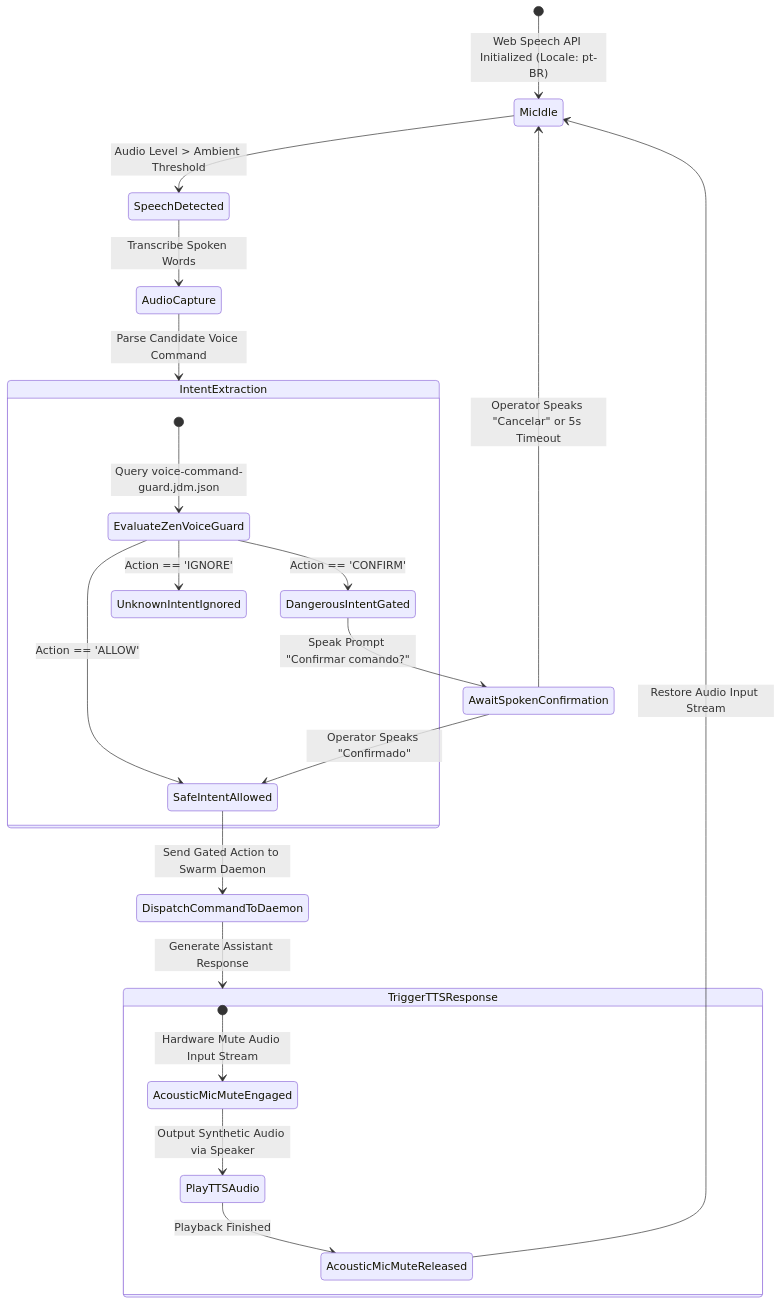
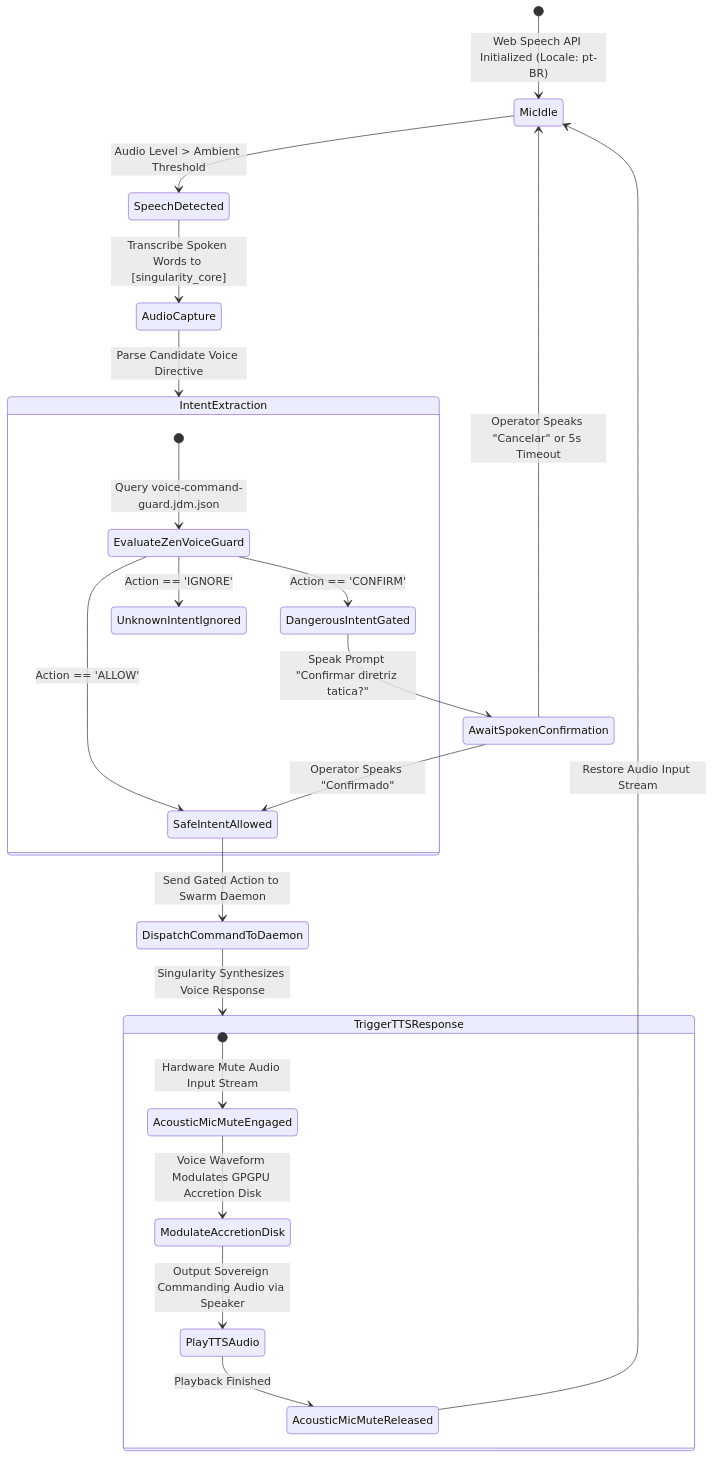
Before and after one commit to code-thiago/kalinar-agent-galaxy-os: the third of 4 diagrams in .antigravity/blueprint/03_APP_FLOW.md, drawn with Mermaid. The commit also changed other lines of this file and 5 other files, not shown here.

````diff
--- a/.antigravity/blueprint/03_APP_FLOW.md
+++ b/.antigravity/blueprint/03_APP_FLOW.md
@@ -103,30 +105,31 @@
 ```mermaid
 stateDiagram-v2
     [*] --> MicIdle: Web Speech API Initialized (Locale: pt-BR)
     
     MicIdle --> SpeechDetected: Audio Level > Ambient Threshold
-    SpeechDetected --> AudioCapture: Transcribe Spoken Words
-    AudioCapture --> IntentExtraction: Parse Candidate Voice Command
+    SpeechDetected --> AudioCapture: Transcribe Spoken Words to [singularity_core]
+    AudioCapture --> IntentExtraction: Parse Candidate Voice Directive
     
     state IntentExtraction {
         [*] --> EvaluateZenVoiceGuard: Query voice-command-guard.jdm.json
         EvaluateZenVoiceGuard --> SafeIntentAllowed: Action == 'ALLOW'
         EvaluateZenVoiceGuard --> DangerousIntentGated: Action == 'CONFIRM'
         EvaluateZenVoiceGuard --> UnknownIntentIgnored: Action == 'IGNORE'
     }
 
-    DangerousIntentGated --> AwaitSpokenConfirmation: Speak Prompt "Confirmar comando?"
+    DangerousIntentGated --> AwaitSpokenConfirmation: Speak Prompt "Confirmar diretriz tatica?"
     AwaitSpokenConfirmation --> SafeIntentAllowed: Operator Speaks "Confirmado"
     AwaitSpokenConfirmation --> MicIdle: Operator Speaks "Cancelar" or 5s Timeout
 
     SafeIntentAllowed --> DispatchCommandToDaemon: Send Gated Action to Swarm Daemon
-    DispatchCommandToDaemon --> TriggerTTSResponse: Generate Assistant Response
+    DispatchCommandToDaemon --> TriggerTTSResponse: Singularity Synthesizes Voice Response
     
     state TriggerTTSResponse {
         [*] --> AcousticMicMuteEngaged: Hardware Mute Audio Input Stream
-        AcousticMicMuteEngaged --> PlayTTSAudio: Output Synthetic Audio via Speaker
+        AcousticMicMuteEngaged --> ModulateAccretionDisk: Voice Waveform Modulates GPGPU Accretion Disk
+        ModulateAccretionDisk --> PlayTTSAudio: Output Sovereign Commanding Audio via Speaker
         PlayTTSAudio --> AcousticMicMuteReleased: Playback Finished
     }
 
     AcousticMicMuteReleased --> MicIdle: Restore Audio Input Stream
 ```
````
